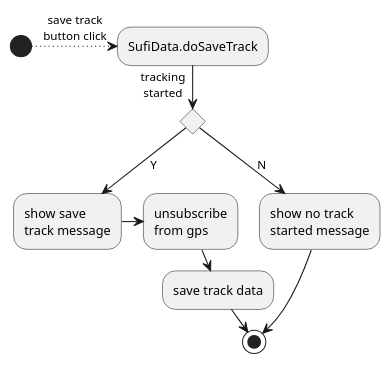
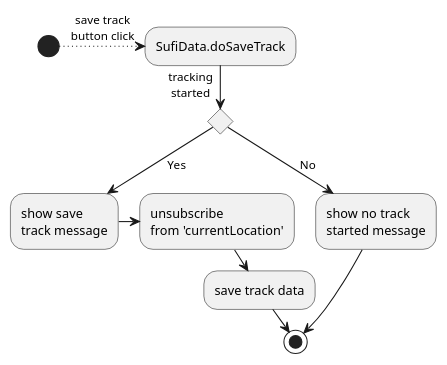
One commit to MARTIMM/Sufitrail changed diagram 16 of 17 in Doc/Designer notes.md. Above: the diagram before and after it, drawn with PlantUML. The commit also changed other lines of this file, not shown here.

````diff
--- a/Doc/Designer notes.md
+++ b/Doc/Designer notes.md
@@ -232,12 +277,12 @@
 ```plantuml
 (*) .>[save track\nbutton click] "SufiData.doSaveTrack"
 if tracking\nstarted then
-  -->[Y] "show save\ntrack message"
-  -> "unsubscribe\nfrom gps"
+  -->[Yes] "show save\ntrack message"
+  -> "unsubscribe\nfrom 'currentLocation'"
   -> "save track data"
   -> (*)
 else
-  -->[N] "show no track\nstarted message"
+  -->[No] "show no track\nstarted message"
   --> (*)
 endif
 ```
````
